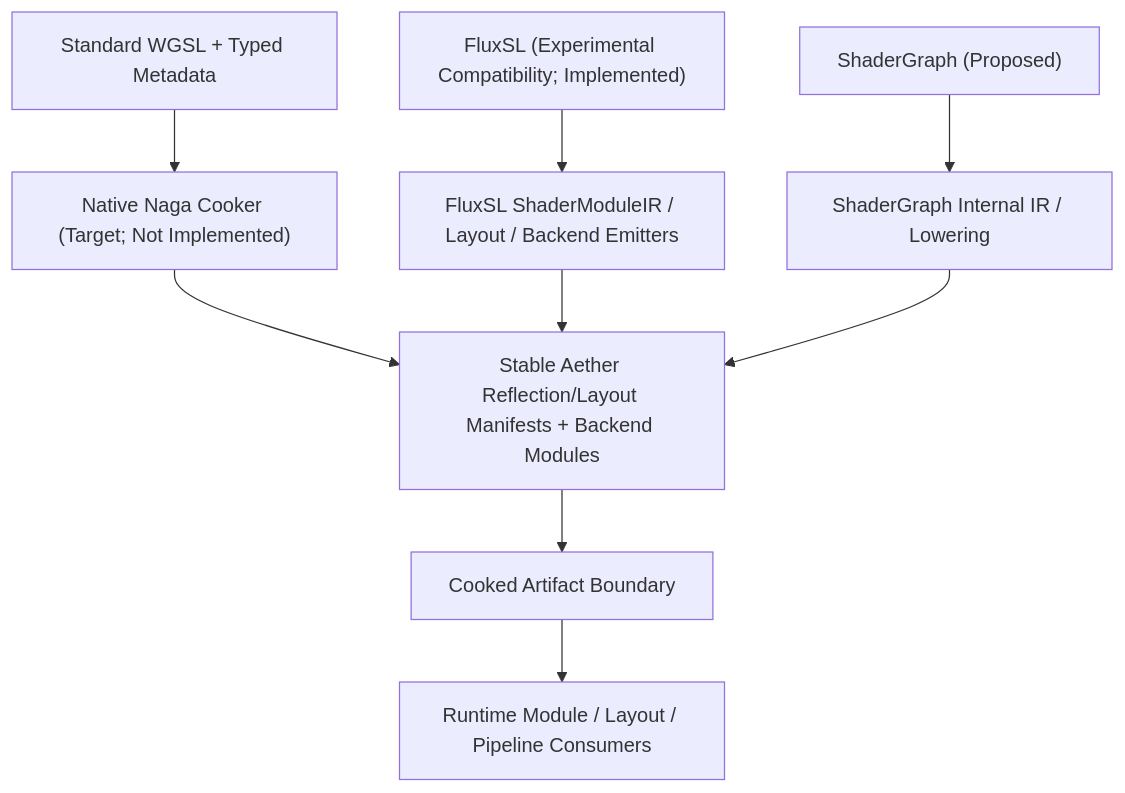
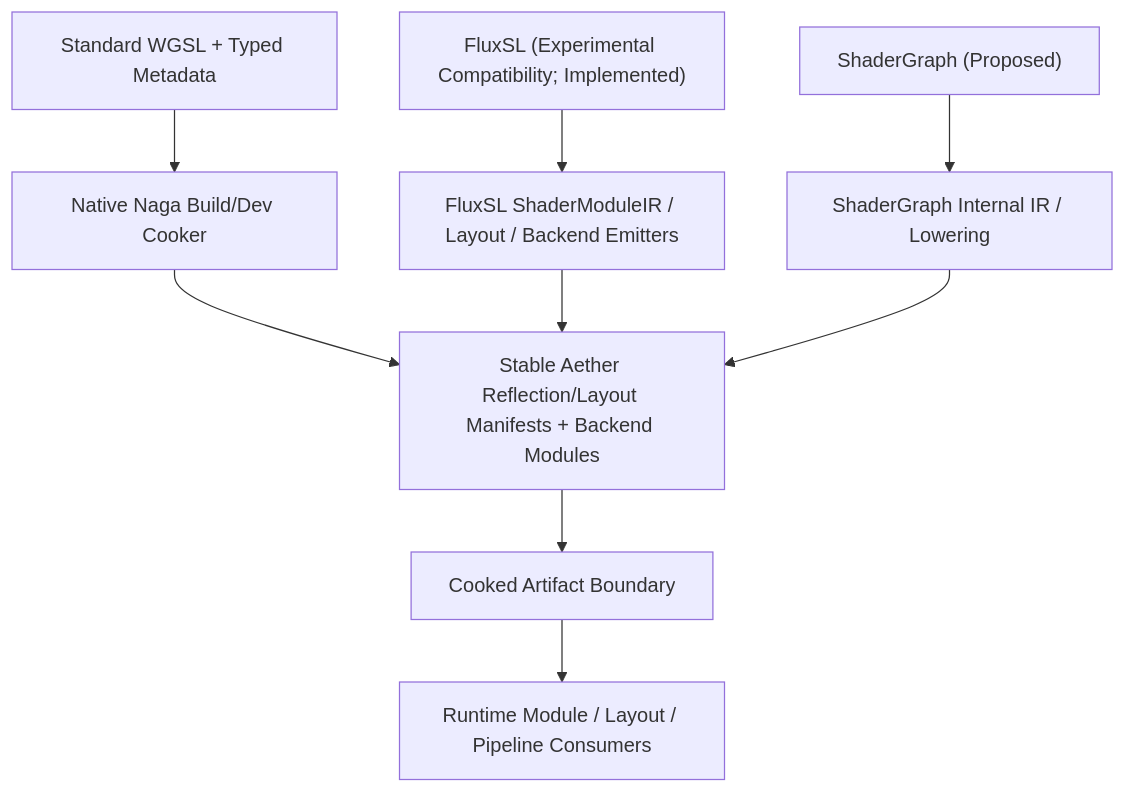
The diagram in src/shader/README.md (GeoLibra/AetherEngine), drawn with Mermaid before and after one commit. The commit also changed other lines of this file and 24 other files, not shown here.

First line of the commit message:
feat(shader): migrate standard-lit to authored WGSL and cooked reflection

````diff
--- a/src/shader/README.md
+++ b/src/shader/README.md
@@ -39,13 +39,13 @@
 ```mermaid
 flowchart TD
-    WGSL["Standard WGSL + Typed Metadata"] --> Naga["Native Naga Cooker (Target; Not Implemented)"]
+    WGSL["Standard WGSL + Typed Metadata"] --> Naga["Native Naga Build/Dev Cooker"]
     Naga --> Stable["Stable Aether Reflection/Layout Manifests + Backend Modules"]
 
     Flux["FluxSL (Experimental Compatibility; Implemented)"] --> FluxIR["FluxSL ShaderModuleIR / Layout / Backend Emitters"]
     Graph["ShaderGraph (Proposed)"] --> GraphIR["ShaderGraph Internal IR / Lowering"]
     FluxIR --> Stable
     GraphIR --> Stable
 
     Stable --> Artifact["Cooked Artifact Boundary"]
     Artifact --> Runtime["Runtime Module / Layout / Pipeline Consumers"]
 ```
````
